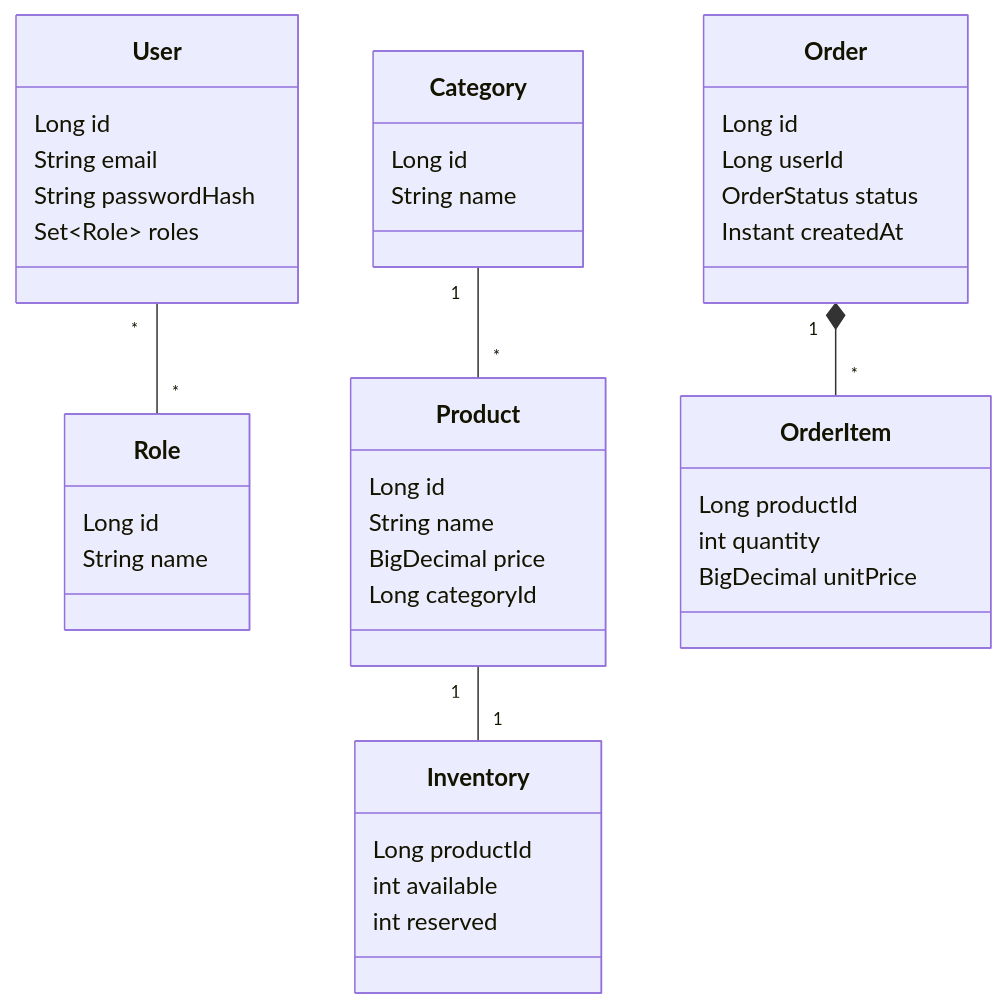
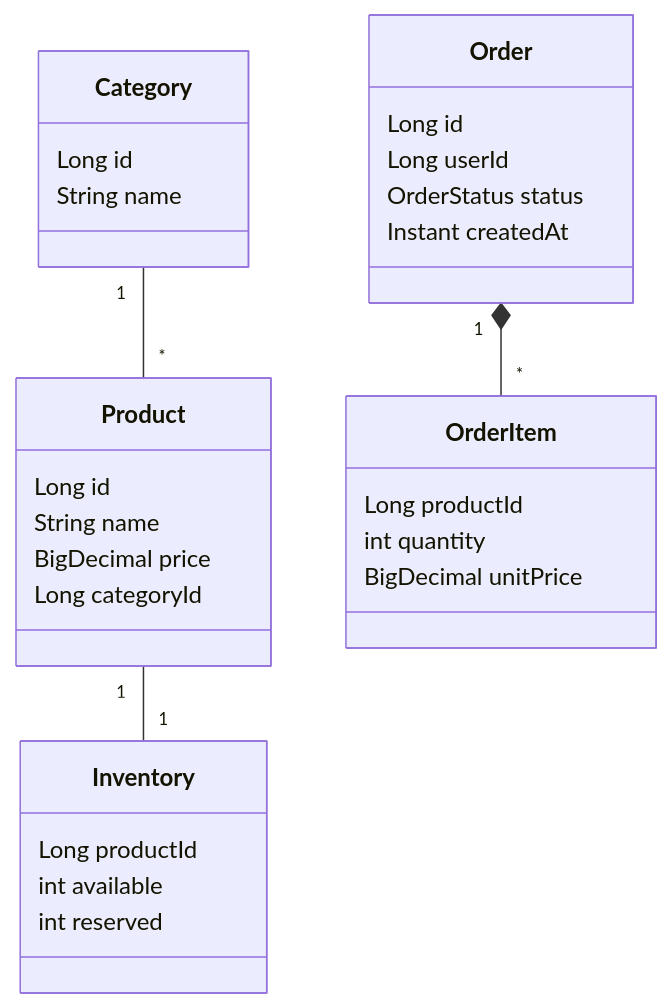
The third of 4 diagrams in docs/architecture.md (YangM123321/ecommerce-platform), drawn with Mermaid before and after one commit. The commit also changed other lines of this file and 1 other file, not shown here.

Commit message:
Session 2b: @WebMvcTest controller slice tests and updated class diagrams

````diff
--- a/docs/architecture.md
+++ b/docs/architecture.md
@@ -39,44 +111,33 @@
 ```mermaid
 classDiagram
-    class User {
-        Long id
-        String email
-        String passwordHash
-        Set~Role~ roles
-    }
-    class Role {
-        Long id
-        String name
-    }
     class Product {
         Long id
         String name
         BigDecimal price
         Long categoryId
     }
     class Category {
         Long id
         String name
     }
     class Inventory {
         Long productId
         int available
         int reserved
     }
     class Order {
         Long id
         Long userId
         OrderStatus status
         Instant createdAt
     }
     class OrderItem {
         Long productId
         int quantity
         BigDecimal unitPrice
     }
 
-    User "*" -- "*" Role
     Category "1" -- "*" Product
     Product "1" -- "1" Inventory
     Order "1" *-- "*" OrderItem
 ```
````
